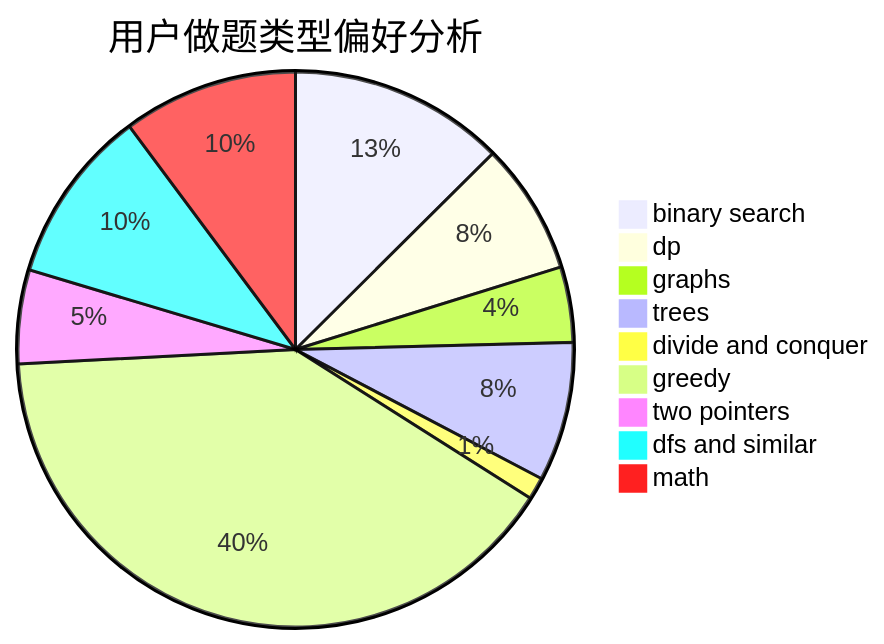
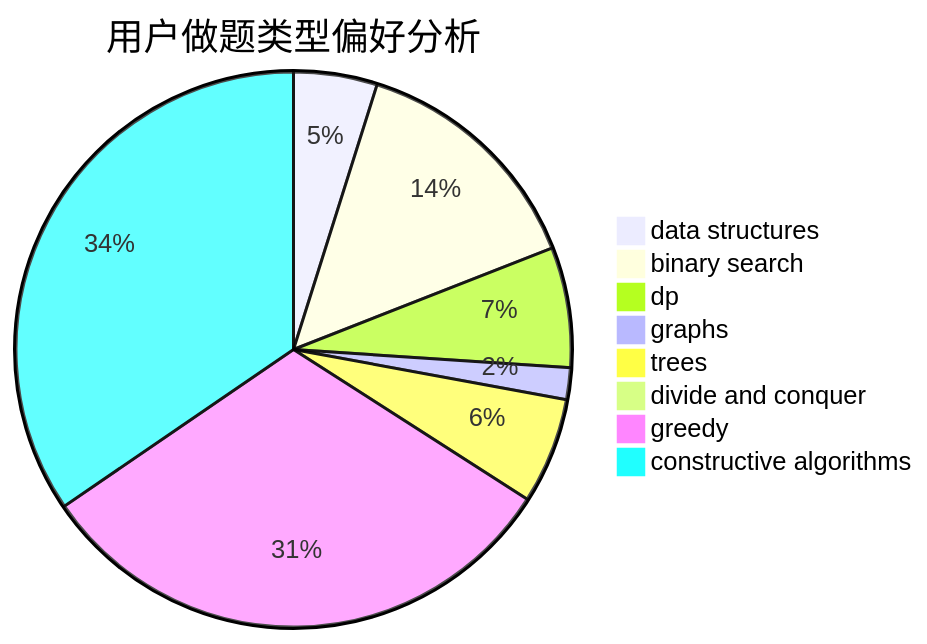
One commit to sherpahu/cfrs.github.io changed the second of 3 diagrams in docs/user/u1854.md. Above: the diagram before and after it, drawn with Mermaid. The commit also changed other lines of this file and 2775 other files, not shown here.

````diff
--- a/docs/user/u1854.md
+++ b/docs/user/u1854.md
@@ -23,12 +23,11 @@
 ```mermaid
 pie title 用户做题类型偏好分析
-    "binary search" :  223
-    "dp" :  136
-    "graphs" :  78
-    "trees" :  144
-    "divide and conquer" :  23
-    "greedy" :  714
-    "two pointers" :  97
-    "dfs and similar" :  181
-    "math" :  181
+    "data structures" :  71
+    "binary search" :  207
+    "dp" :  102
+    "graphs" :  27
+    "trees" :  90
+    "divide and conquer" :  9
+    "greedy" :  458
+    "constructive algorithms" :  504
 ```
````
